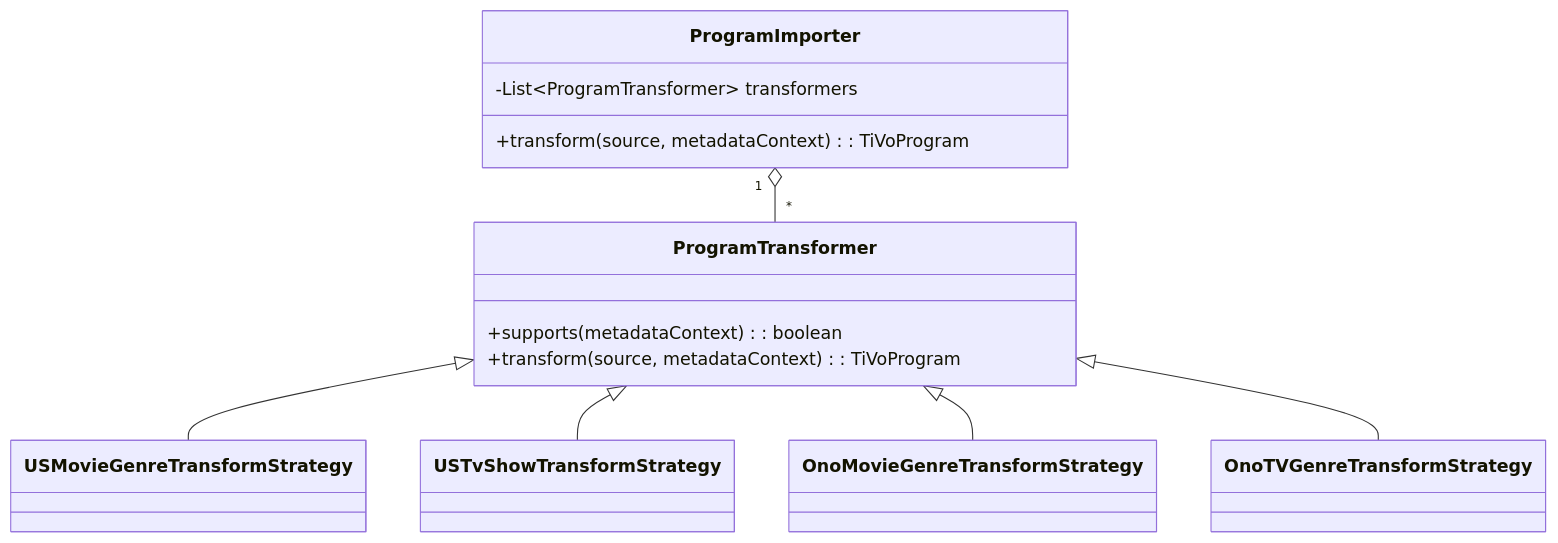
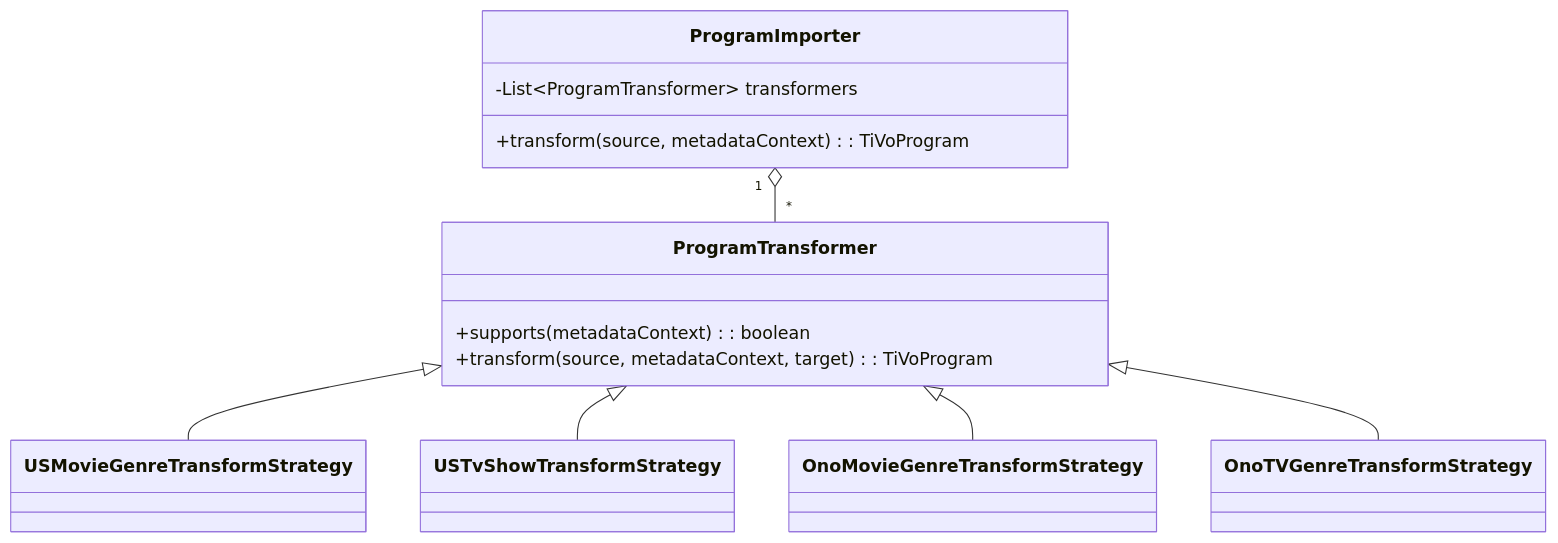
The second of 4 diagrams in _posts/2025-08-10-modernizing-metadata-ingestion-perl-to-spring-batch.md (dzenyu/dzenyu.github.io), drawn with Mermaid before and after one commit. The commit also changed other lines of this file, not shown here.

````diff
--- a/_posts/2025-08-10-modernizing-metadata-ingestion-perl-to-spring-batch.md
+++ b/_posts/2025-08-10-modernizing-metadata-ingestion-perl-to-spring-batch.md
@@ -103,24 +115,28 @@
 ```mermaid
+---
+config:
+look: neo
+---
 classDiagram
     class ProgramTransformer {
         +supports(metadataContext): boolean
-        +transform(source, metadataContext): TiVoProgram
+        +transform(source, metadataContext, target): TiVoProgram
     }
 
     class USMovieGenreTransformStrategy
     class USTvShowTransformStrategy
     class OnoMovieGenreTransformStrategy
     class OnoTVGenreTransformStrategy
 
     ProgramTransformer <|-- USMovieGenreTransformStrategy
     ProgramTransformer <|-- USTvShowTransformStrategy
     ProgramTransformer <|-- OnoMovieGenreTransformStrategy
     ProgramTransformer <|-- OnoTVGenreTransformStrategy
 
     class ProgramImporter {
         -List~ProgramTransformer~ transformers
         +transform(source, metadataContext): TiVoProgram
     }
 
     ProgramImporter "1" o-- "*" ProgramTransformer
 ```
````
